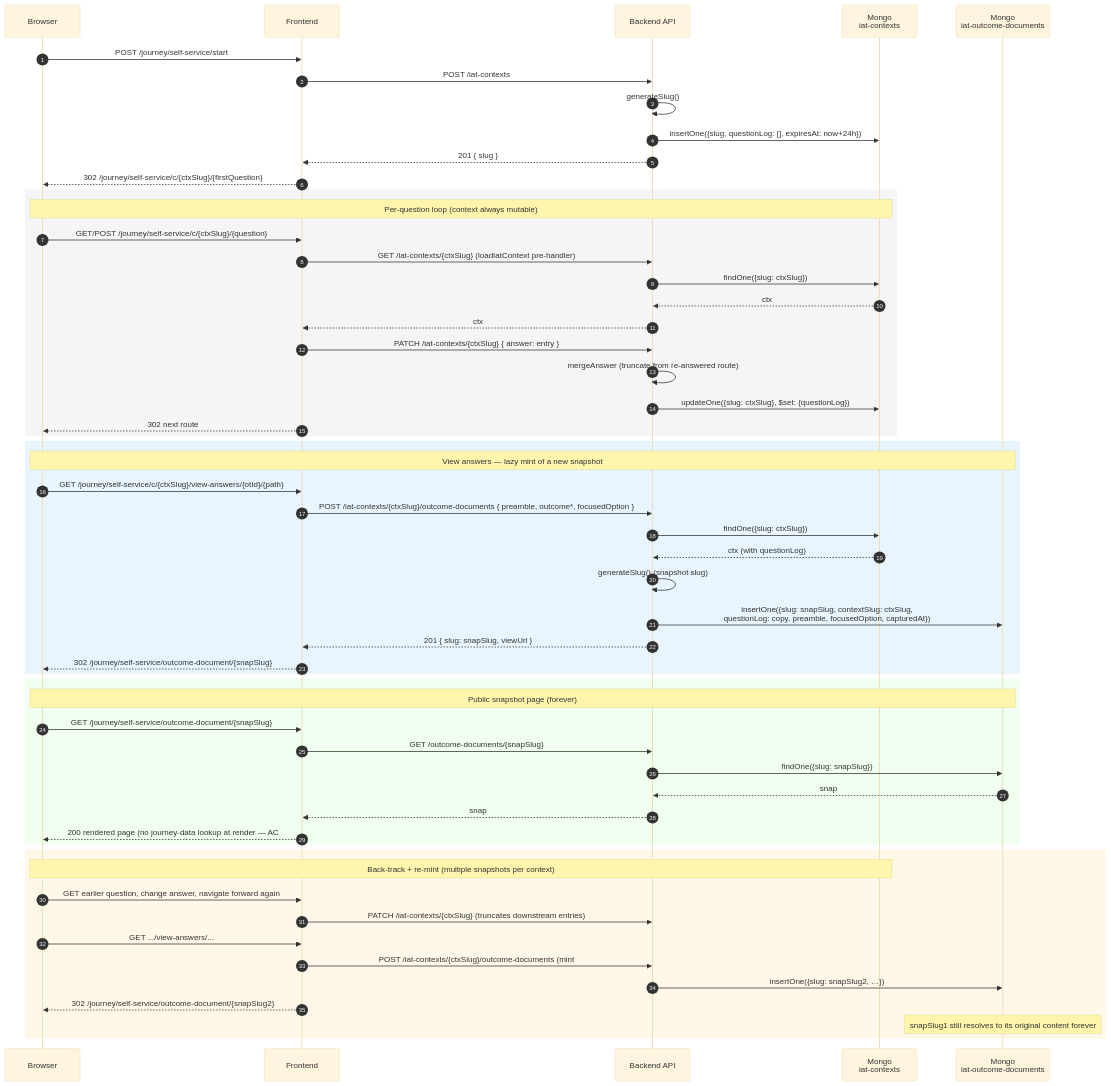
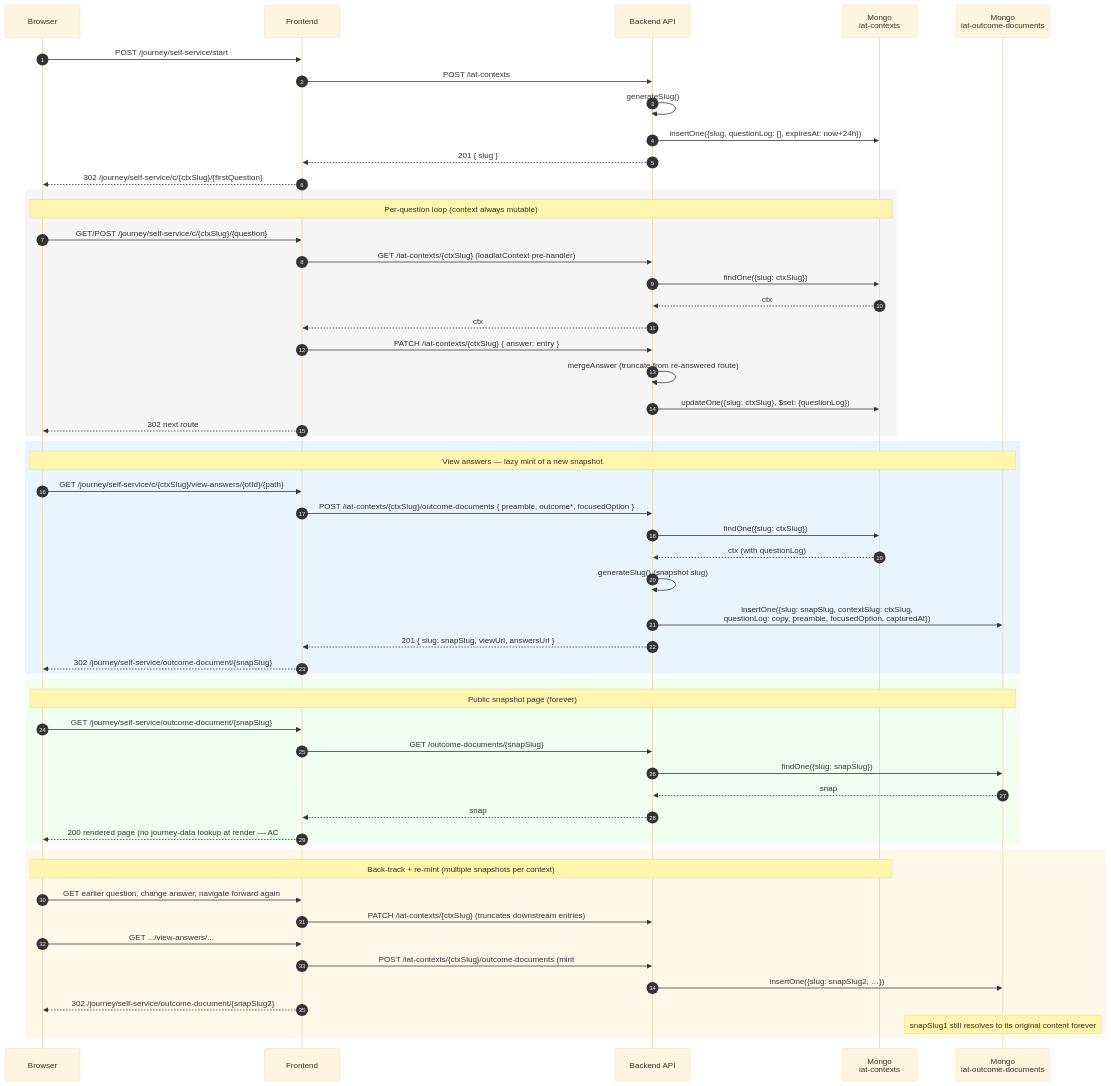
Before and after one commit to uk-gov-mirror/defra.marine-licensing-frontend: the diagram in src/server/journey/self-service/README.md, drawn with Mermaid (base theme). The commit also changed other lines of this file and 14 other files, not shown here.

````diff
--- a/src/server/journey/self-service/README.md
+++ b/src/server/journey/self-service/README.md
@@ -114,62 +122,62 @@
 ```mermaid
 sequenceDiagram
     autonumber
     participant B as Browser
     participant F as Frontend
     participant API as Backend API
     participant MC as Mongo<br/>iat-contexts
     participant MS as Mongo<br/>iat-outcome-documents
 
     B->>F: POST /journey/self-service/start
     F->>API: POST /iat-contexts
     API->>API: generateSlug()
     API->>MC: insertOne({slug, questionLog: [], expiresAt: now+24h})
     API-->>F: 201 { slug }
     F-->>B: 302 /journey/self-service/c/{ctxSlug}/{firstQuestion}
 
     rect rgb(245,245,245)
         note over B,MC: Per-question loop (context always mutable)
         B->>F: GET/POST /journey/self-service/c/{ctxSlug}/{question}
         F->>API: GET /iat-contexts/{ctxSlug}  (loadIatContext pre-handler)
         API->>MC: findOne({slug: ctxSlug})
         MC-->>API: ctx
         API-->>F: ctx
         F->>API: PATCH /iat-contexts/{ctxSlug} { answer: entry }
         API->>API: mergeAnswer (truncate from re-answered route)
         API->>MC: updateOne({slug: ctxSlug}, $set: {questionLog})
         F-->>B: 302 next route
     end
 
     rect rgb(232,245,255)
         note over B,MS: View answers — lazy mint of a new snapshot
         B->>F: GET /journey/self-service/c/{ctxSlug}/view-answers/{otId}/{path}
         F->>API: POST /iat-contexts/{ctxSlug}/outcome-documents { preamble, outcome*, focusedOption }
         API->>MC: findOne({slug: ctxSlug})
         MC-->>API: ctx (with questionLog)
         API->>API: generateSlug() (snapshot slug)
         API->>MS: insertOne({slug: snapSlug, contextSlug: ctxSlug,<br/>questionLog: copy, preamble, focusedOption, capturedAt})
-        API-->>F: 201 { slug: snapSlug, viewUrl }
+        API-->>F: 201 { slug: snapSlug, viewUrl, answersUrl }
         F-->>B: 302 /journey/self-service/outcome-document/{snapSlug}
     end
 
     rect rgb(240,255,240)
         note over B,MS: Public snapshot page (forever)
         B->>F: GET /journey/self-service/outcome-document/{snapSlug}
         F->>API: GET /outcome-documents/{snapSlug}
         API->>MS: findOne({slug: snapSlug})
         MS-->>API: snap
         API-->>F: snap
         F-->>B: 200 rendered page (no journey-data lookup at render — AC#6)
     end
 
     rect rgb(255,248,232)
         note over B,MC: Back-track + re-mint (multiple snapshots per context)
         B->>F: GET earlier question, change answer, navigate forward again
         F->>API: PATCH /iat-contexts/{ctxSlug}  (truncates downstream entries)
         B->>F: GET .../view-answers/...
         F->>API: POST /iat-contexts/{ctxSlug}/outcome-documents  (mint #2)
         API->>MS: insertOne({slug: snapSlug2, …})
         F-->>B: 302 /journey/self-service/outcome-document/{snapSlug2}
         note over MS: snapSlug1 still resolves to its original content forever
     end
 ```
````
